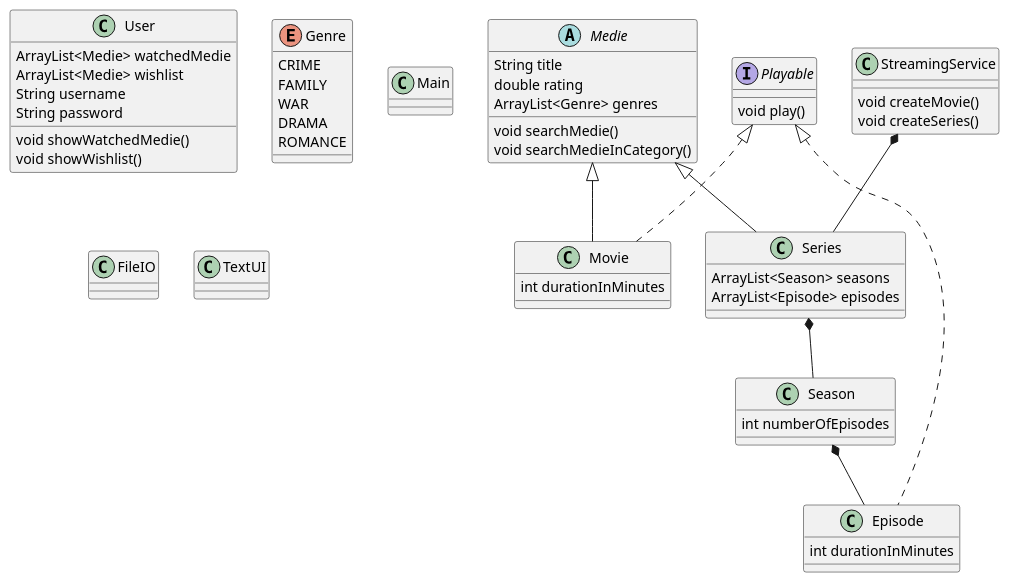
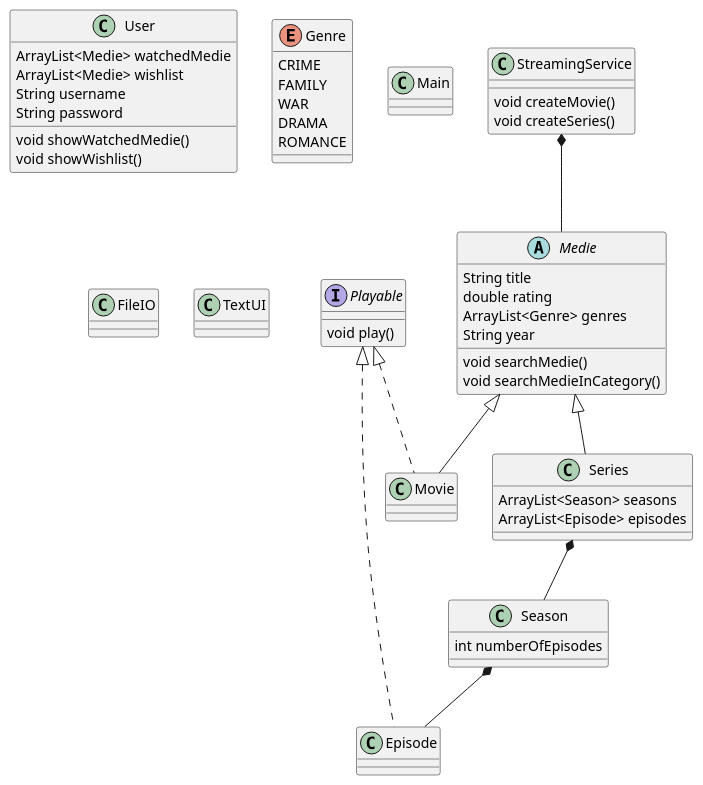
One commit to EmilMarinovic/SP3 changed the diagram in doc/classdiagram.puml. Above: the diagram before and after it, drawn with PlantUML. The commit also changed 14 other files, not shown here.

```diff
--- a/doc/classdiagram.puml
+++ b/doc/classdiagram.puml
@@ -1,62 +1,61 @@
 @startuml
 abstract Medie {
 String title
 double rating
 ArrayList<Genre> genres
+String year
 void searchMedie()
 void searchMedieInCategory()
 }
 class Movie {
-int durationInMinutes
 }
 class Series {
 ArrayList<Season> seasons
 ArrayList<Episode> episodes
 }
 class Season {
 int numberOfEpisodes
 }
 class Episode {
-int durationInMinutes
 }
 class User {
 ArrayList<Medie> watchedMedie
 ArrayList<Medie> wishlist
 String username
 String password
 void showWatchedMedie()
 void showWishlist()
 }
 enum Genre {
 CRIME
 FAMILY
 WAR
 DRAMA
 ROMANCE
 }
 class Main
 interface Playable {
 void play()
 }
 class FileIO
 class TextUI
 class StreamingService {
 void createMovie()
 void createSeries()
 }
 
 
 
 
 
 Medie <|-- Movie
 Medie <|-- Series
 
 Series *-- Season
 Season *-- Episode
 
 Playable <|.. Movie
 Playable <|.. Episode
 
-StreamingService *-- Series
+StreamingService *-- Medie
 @enduml
```
